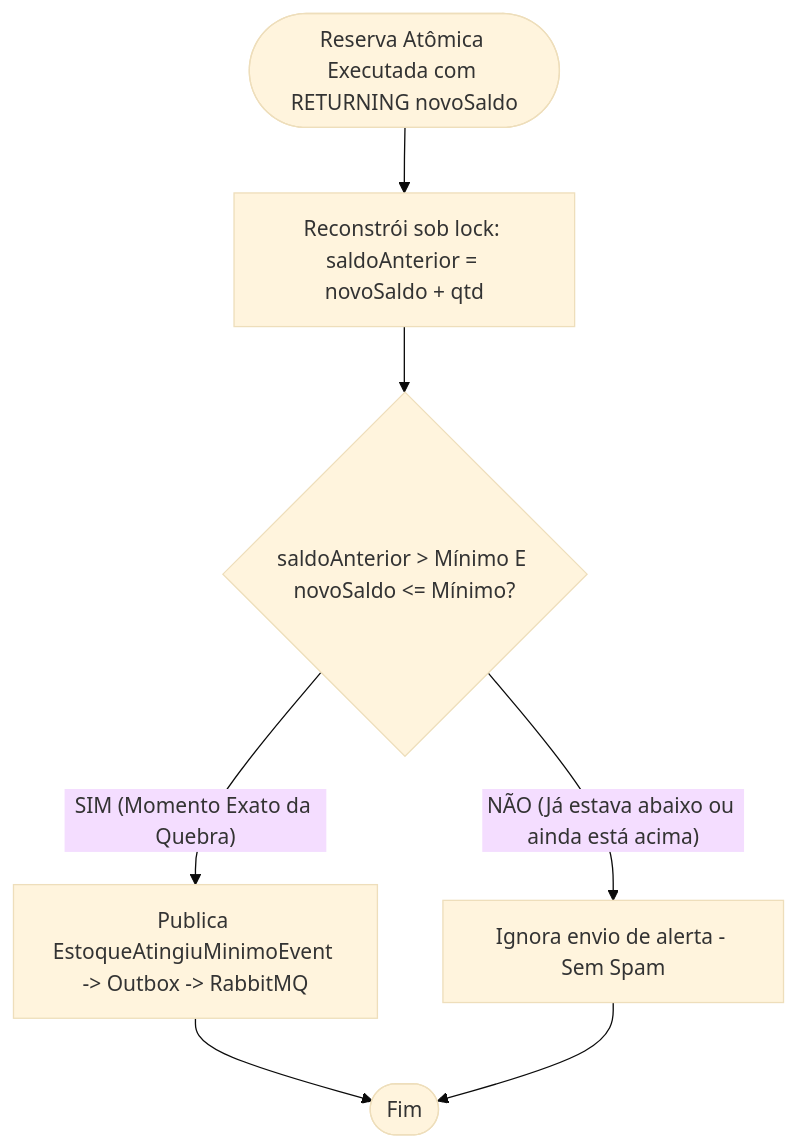
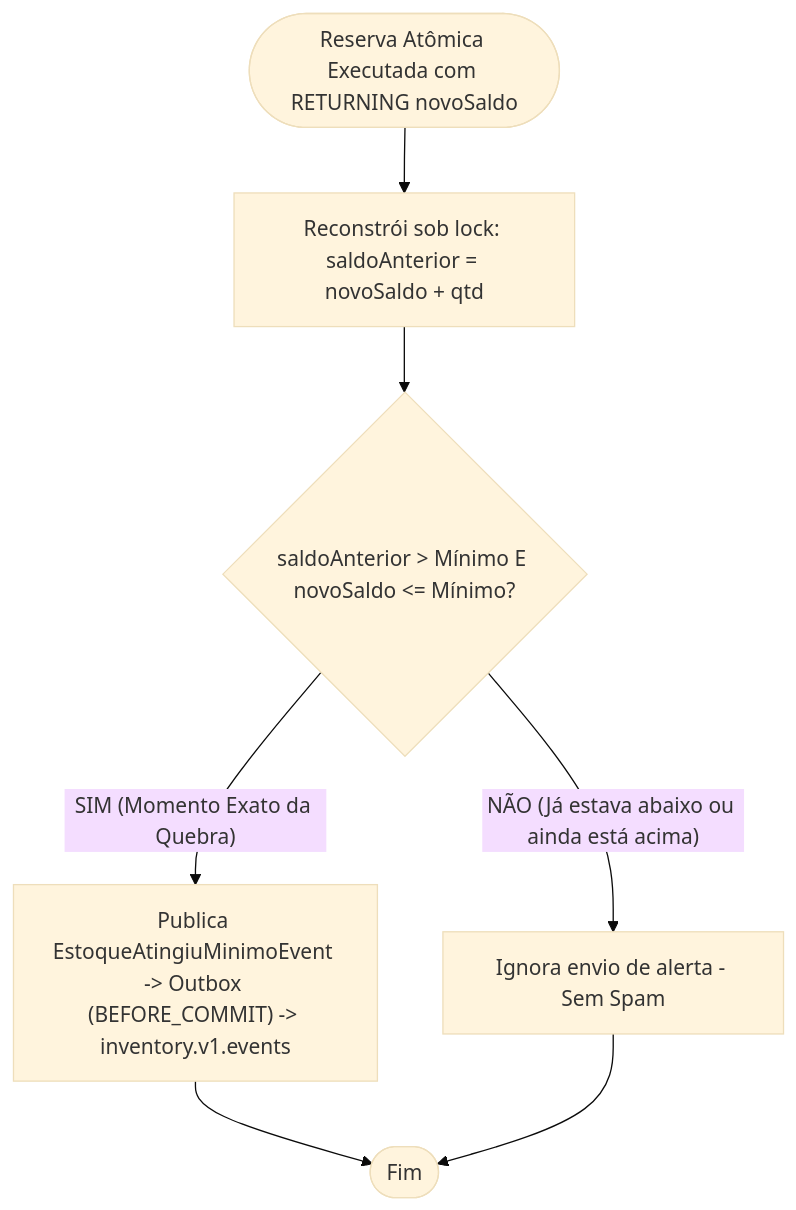
Before and after one commit to iXDGabrielTK/petshop-microservices: the fourth of 5 diagrams in docs/domains/inventory.md, drawn with Mermaid (base theme). The commit also changed other lines of this file and 59 other files, not shown here.

````diff
--- a/docs/domains/inventory.md
+++ b/docs/domains/inventory.md
@@ -58,9 +91,9 @@
 ```mermaid
 flowchart TD
-    Inicio([Reserva Atômica Executada com RETURNING novoSaldo]) --> Calculo[Reconstrói sob lock: saldoAnterior = novoSaldo + qtd]
-    Calculo --> Checagem{saldoAnterior > Mínimo E novoSaldo <= Mínimo?}
-    Checagem -- SIM (Momento Exato da Quebra) --> Disparo[Publica EstoqueAtingiuMinimoEvent -> Outbox -> RabbitMQ]
-    Checagem -- NÃO (Já estava abaixo ou ainda está acima) --> Silencio[Ignora envio de alerta - Sem Spam]
-    Disparo --> Fim([Fim])
+    Inicio(["Reserva Atômica Executada com RETURNING novoSaldo"]) --> Calculo["Reconstrói sob lock: saldoAnterior = novoSaldo + qtd"]
+    Calculo --> Checagem{"saldoAnterior > Mínimo E novoSaldo <= Mínimo?"}
+    Checagem -- "SIM (Momento Exato da Quebra)" --> Disparo["Publica EstoqueAtingiuMinimoEvent -> Outbox (BEFORE_COMMIT) -> inventory.v1.events"]
+    Checagem -- "NÃO (Já estava abaixo ou ainda está acima)" --> Silencio["Ignora envio de alerta - Sem Spam"]
+    Disparo --> Fim(["Fim"])
     Silencio --> Fim
 ```
````
